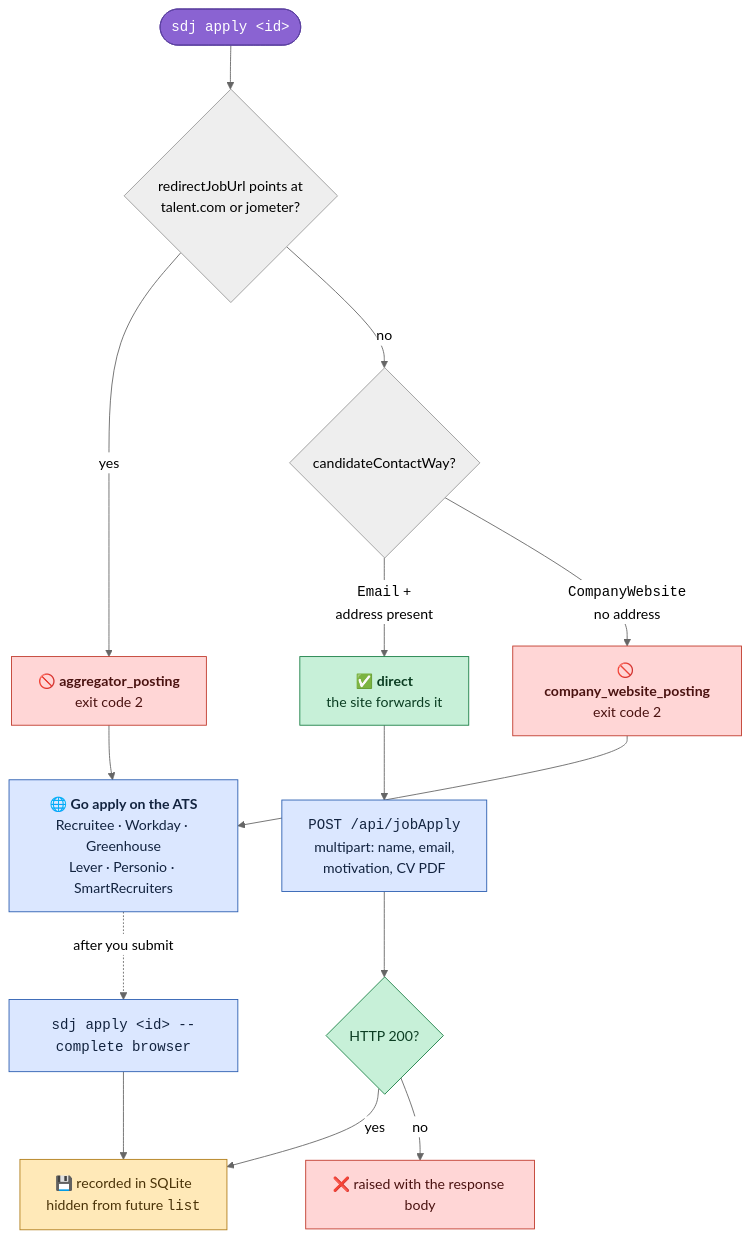
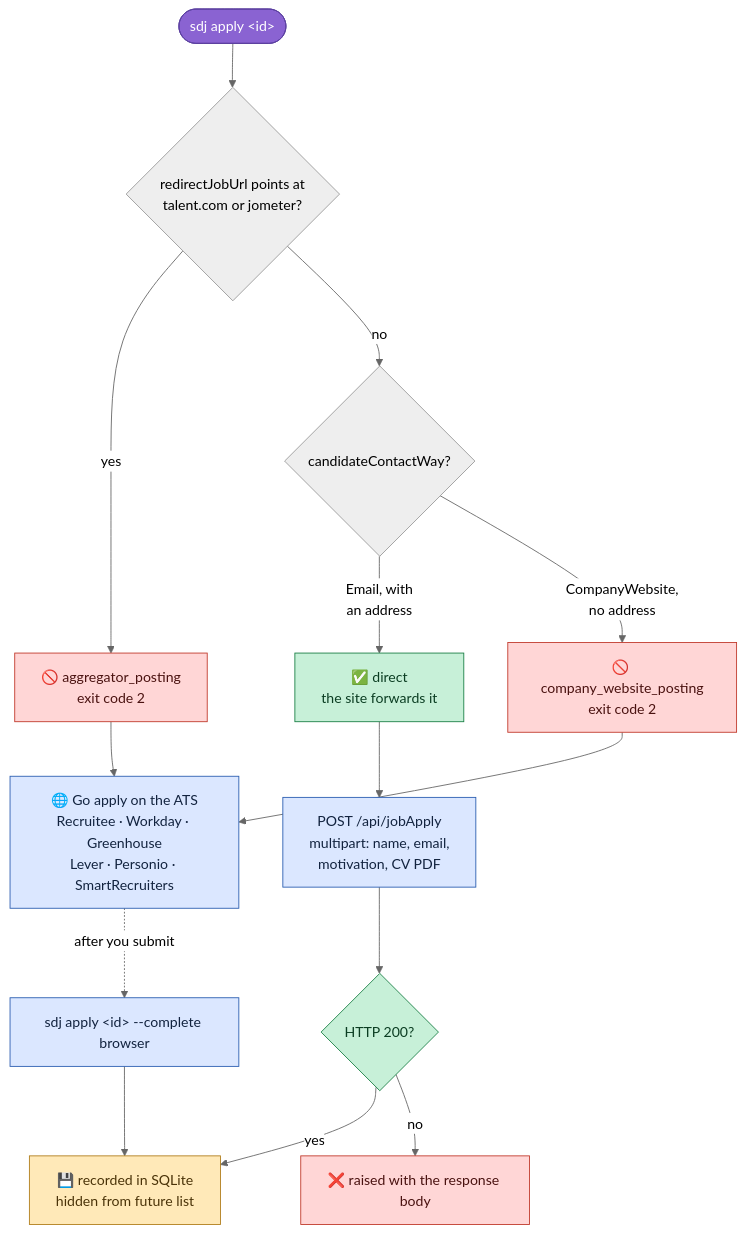
Before and after one commit to Stupidoodle/swissdevjobs-cli: the third of 6 diagrams in README.md, drawn with Mermaid (neutral theme). The commit also changed other lines of this file, not shown here.

First line of the commit message:
docs: drop HTML tags from mermaid labels

````diff
--- a/README.md
+++ b/README.md
@@ -235,33 +242,33 @@
 ```mermaid
 flowchart TD
-    START(["<code>sdj apply &lt;id&gt;</code>"]) --> Q1{"redirectJobUrl points at<br/>talent.com or jometer?"}
+    START(["sdj apply &lt;id&gt;"]) --> Q1{"redirectJobUrl points at<br/>talent.com or jometer?"}
 
-    Q1 -->|yes| AGG["🚫 <b>aggregator_posting</b><br/>exit code 2"]
+    Q1 -->|yes| AGG["🚫 aggregator_posting<br/>exit code 2"]
     Q1 -->|no| Q2{"candidateContactWay?"}
 
-    Q2 -->|"<code>Email</code> +<br/>address present"| DIRECT["✅ <b>direct</b><br/>the site forwards it"]
-    Q2 -->|"<code>CompanyWebsite</code><br/>no address"| CW["🚫 <b>company_website_posting</b><br/>exit code 2"]
+    Q2 -->|"Email, with<br/>an address"| DIRECT["✅ direct<br/>the site forwards it"]
+    Q2 -->|"CompanyWebsite,<br/>no address"| CW["🚫 company_website_posting<br/>exit code 2"]
 
-    AGG --> BROWSER["🌐 <b>Go apply on the ATS</b><br/>Recruitee · Workday · Greenhouse<br/>Lever · Personio · SmartRecruiters"]
+    AGG --> BROWSER["🌐 Go apply on the ATS<br/>Recruitee · Workday · Greenhouse<br/>Lever · Personio · SmartRecruiters"]
     CW --> BROWSER
 
-    DIRECT --> POST["<code>POST /api/jobApply</code><br/>multipart: name, email,<br/>motivation, CV PDF"]
+    DIRECT --> POST["POST /api/jobApply<br/>multipart: name, email,<br/>motivation, CV PDF"]
     POST --> OK{"HTTP 200?"}
-    OK -->|yes| MARK["💾 recorded in SQLite<br/>hidden from future <code>list</code>"]
+    OK -->|yes| MARK["💾 recorded in SQLite<br/>hidden from future list"]
     OK -->|no| ERR["❌ raised with the response body"]
 
-    BROWSER -.->|"after you submit"| COMPLETE["<code>sdj apply &lt;id&gt; --complete browser</code>"]
+    BROWSER -.->|"after you submit"| COMPLETE["sdj apply &lt;id&gt; --complete browser"]
     COMPLETE --> MARK
 
     classDef start fill:#8A63D2,stroke:#5b3fa0,color:#ffffff
     classDef good fill:#c7f0d8,stroke:#1a7f45,color:#0b3d22
     classDef bad fill:#ffd6d6,stroke:#c0392b,color:#4a1210
     classDef work fill:#dbe7ff,stroke:#2a5db0,color:#12233f
     classDef store fill:#ffe9b8,stroke:#b07d1a,color:#4a3308
 
     class START start
     class DIRECT,OK good
     class AGG,CW,ERR bad
     class POST,BROWSER,COMPLETE work
     class MARK store
 ```
````
